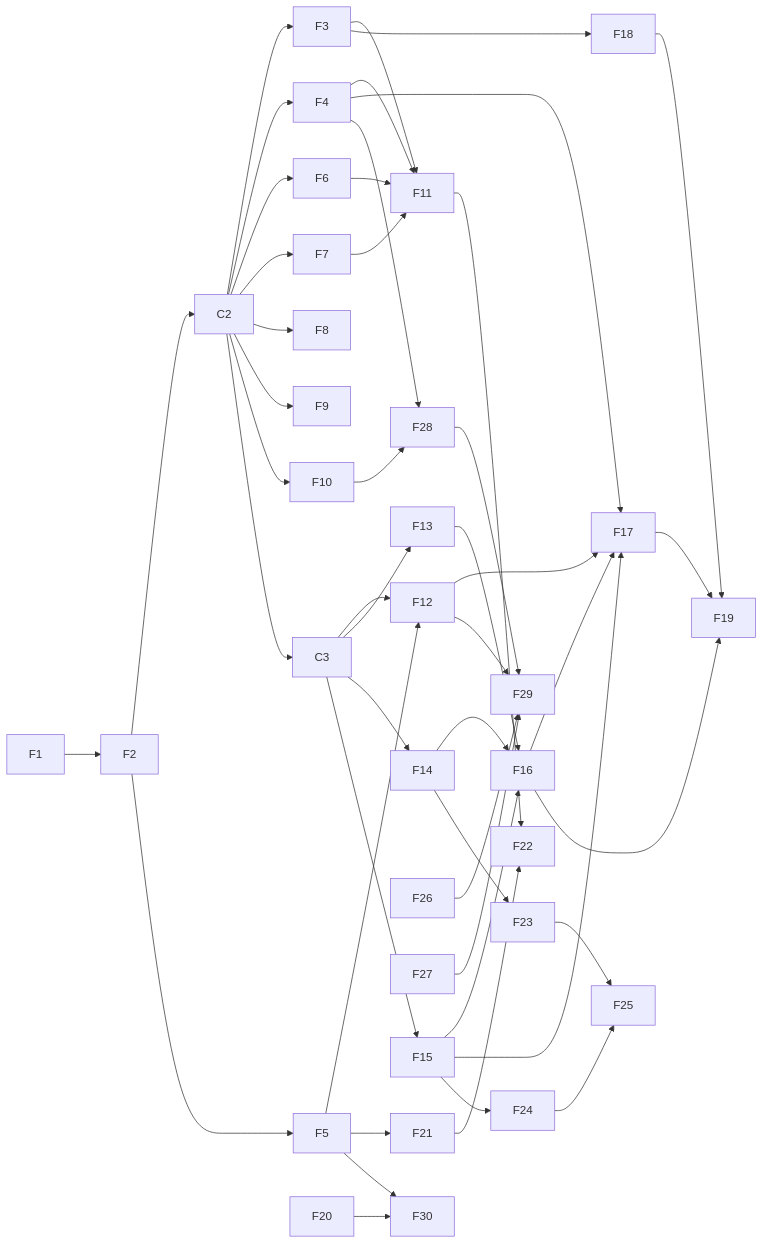
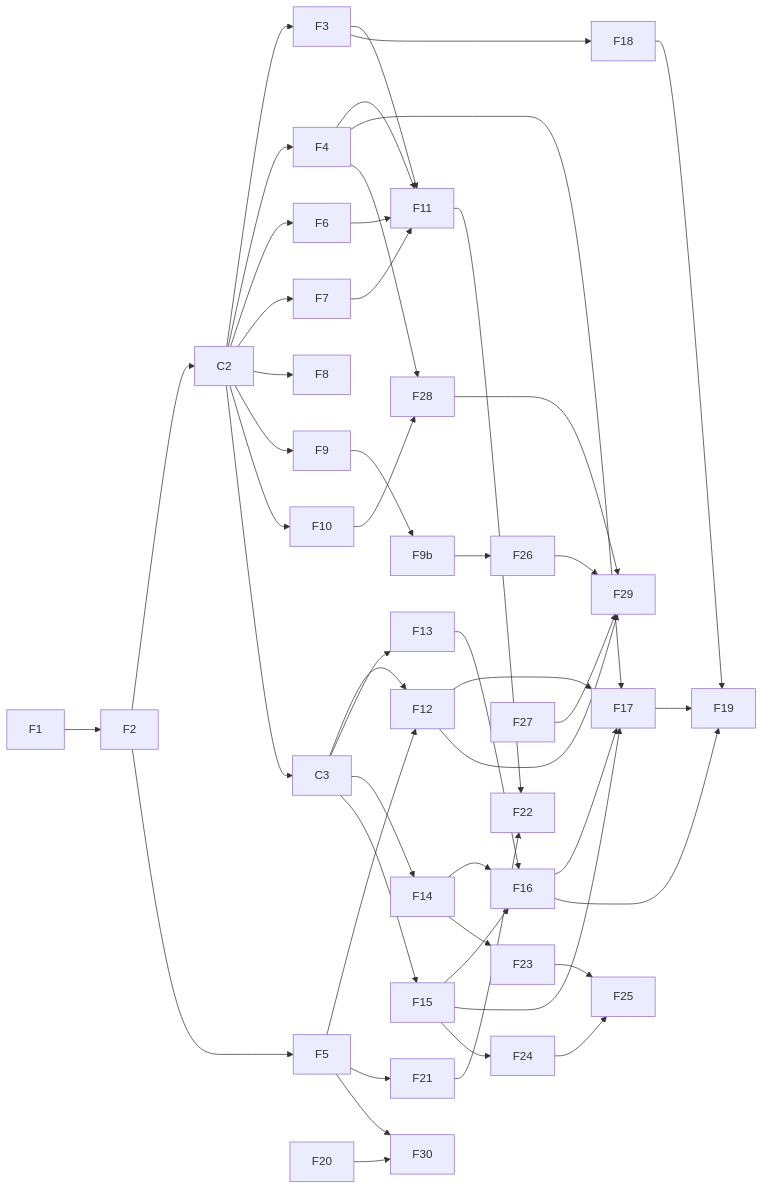
Before and after one commit to tallen12/contcheck: the diagram in design-docs/feature-plan.md, drawn with Mermaid. The commit also changed other lines of this file and 118 other files, not shown here.

````diff
--- a/design-docs/feature-plan.md
+++ b/design-docs/feature-plan.md
@@ -190,23 +197,25 @@
 ```mermaid
 flowchart LR
   F1 --> F2
   F2 --> C2
   C2 --> F3 & F4 & F6 & F7 & F8 & F9 & F10
   F2 --> F5
+  F9 --> F9b
   F3 & F4 & F6 & F7 --> F11
   C2 --> C3
   F5 --> F12
   C3 --> F12 & F13 & F14 & F15
   F13 & F14 & F15 --> F16
   F12 & F15 & F16 & F4 --> F17
   F3 --> F18
   F18 & F16 & F17 --> F19
   F5 --> F21
   F11 & F21 --> F22
   F14 --> F23
   F15 --> F24
   F23 & F24 --> F25
+  F9b --> F26
   F4 & F10 --> F28
   F26 & F27 & F28 & F12 --> F29
   F20 & F5 --> F30
 ```
````
